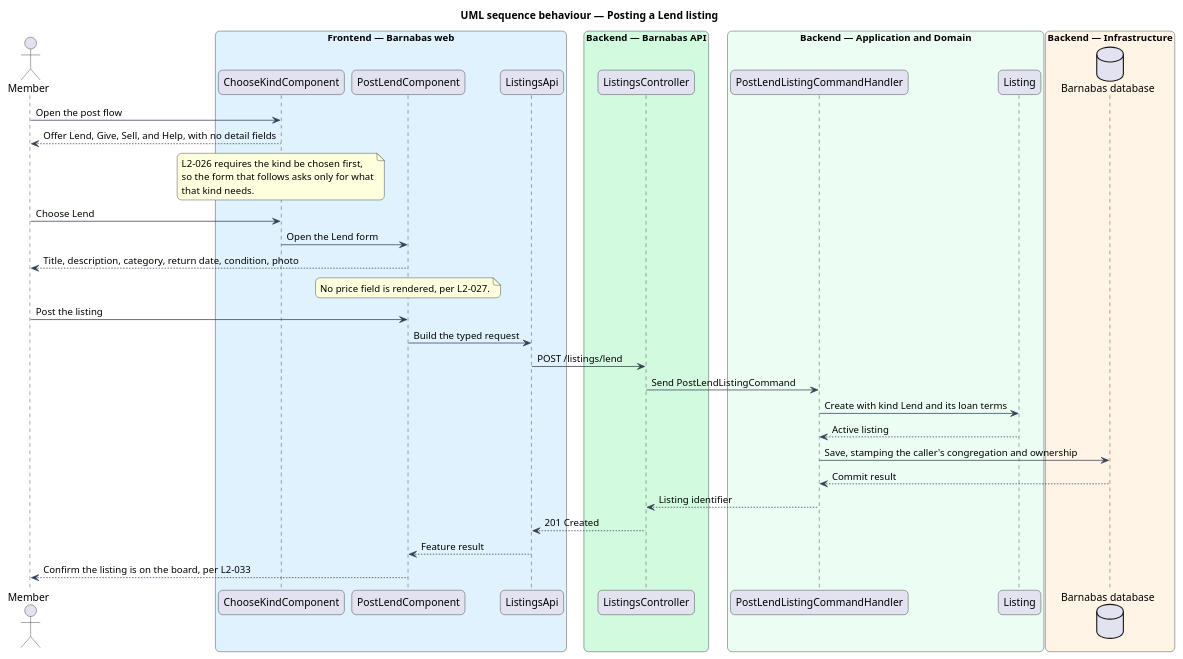
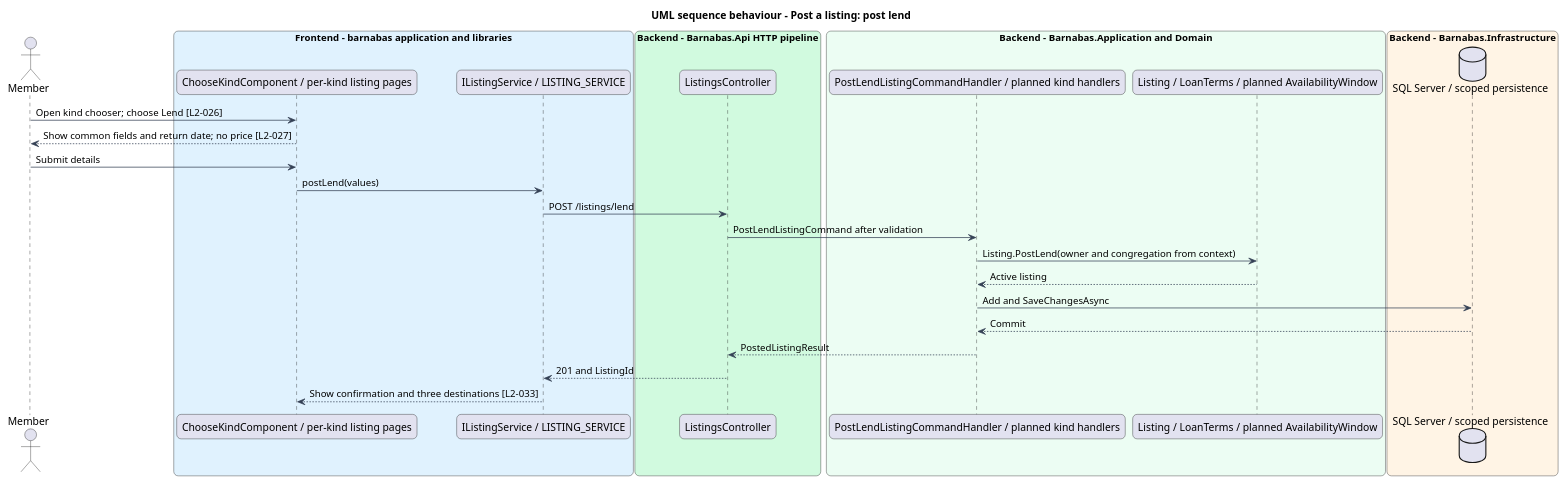
The diagram in docs/detailed-designs/listings/post-a-listing/diagrams/sequence-post-lend.puml (QuinntyneBrown/Barnabas), drawn with PlantUML before and after one commit. The commit also changed 511 other files, not shown here.

```diff
--- a/docs/detailed-designs/listings/post-a-listing/diagrams/sequence-post-lend.puml
+++ b/docs/detailed-designs/listings/post-a-listing/diagrams/sequence-post-lend.puml
@@ -1,53 +1,45 @@
 @startuml
-title UML sequence behaviour — Posting a Lend listing
+title UML sequence behaviour - Post a listing: post lend
 skinparam backgroundColor #FFFFFF
 skinparam shadowing false
 skinparam roundcorner 12
 skinparam defaultFontName Arial
 skinparam ArrowColor #344054
 skinparam rectangle {
   BorderColor #344054
   FontColor #101828
 }
 skinparam package {
   BorderColor #667085
   FontColor #101828
   BackgroundColor #F9FAFB
 }
 actor "Member" as actor
-box "Frontend — Barnabas web" #E0F2FE
-  participant "ChooseKindComponent" as chooser
-  participant "PostLendComponent" as page
-  participant "ListingsApi" as client
+box "Frontend - barnabas application and libraries" #E0F2FE
+  participant "ChooseKindComponent / per-kind listing pages" as page
+  participant "IListingService / LISTING_SERVICE" as client
 end box
-box "Backend — Barnabas API" #D1FADF
-  participant "ListingsController" as controller
+box "Backend - Barnabas.Api HTTP pipeline" #D1FADF
+  participant "ListingsController" as api
 end box
-box "Backend — Application and Domain" #ECFDF3
-  participant "PostLendListingCommandHandler" as handler
-  participant "Listing" as entity
+box "Backend - Barnabas.Application and Domain" #ECFDF3
+  participant "PostLendListingCommandHandler / planned kind handlers" as handler
+  participant "Listing / LoanTerms / planned AvailabilityWindow" as entity
 end box
-box "Backend — Infrastructure" #FFF4E5
-  database "Barnabas database" as db
+box "Backend - Barnabas.Infrastructure" #FFF4E5
+  database "SQL Server / scoped persistence" as db
 end box
-
-actor -> chooser : Open the post flow
-chooser --> actor : Offer Lend, Give, Sell, and Help, with no detail fields
-note over chooser : L2-026 requires the kind be chosen first,\nso the form that follows asks only for what\nthat kind needs.
-actor -> chooser : Choose Lend
-chooser -> page : Open the Lend form
-page --> actor : Title, description, category, return date, condition, photo
-note over page : No price field is rendered, per L2-027.
-actor -> page : Post the listing
-page -> client : Build the typed request
-client -> controller : POST /listings/lend
-controller -> handler : Send PostLendListingCommand
-handler -> entity : Create with kind Lend and its loan terms
+actor -> page : Open kind chooser; choose Lend [L2-026]
+page --> actor : Show common fields and return date; no price [L2-027]
+actor -> page : Submit details
+page -> client : postLend(values)
+client -> api : POST /listings/lend
+api -> handler : PostLendListingCommand after validation
+handler -> entity : Listing.PostLend(owner and congregation from context)
 entity --> handler : Active listing
-handler -> db : Save, stamping the caller's congregation and ownership
-db --> handler : Commit result
-handler --> controller : Listing identifier
-controller --> client : 201 Created
-client --> page : Feature result
-page --> actor : Confirm the listing is on the board, per L2-033
+handler -> db : Add and SaveChangesAsync
+db --> handler : Commit
+handler --> api : PostedListingResult
+api --> client : 201 and ListingId
+client --> page : Show confirmation and three destinations [L2-033]
 @enduml
```
